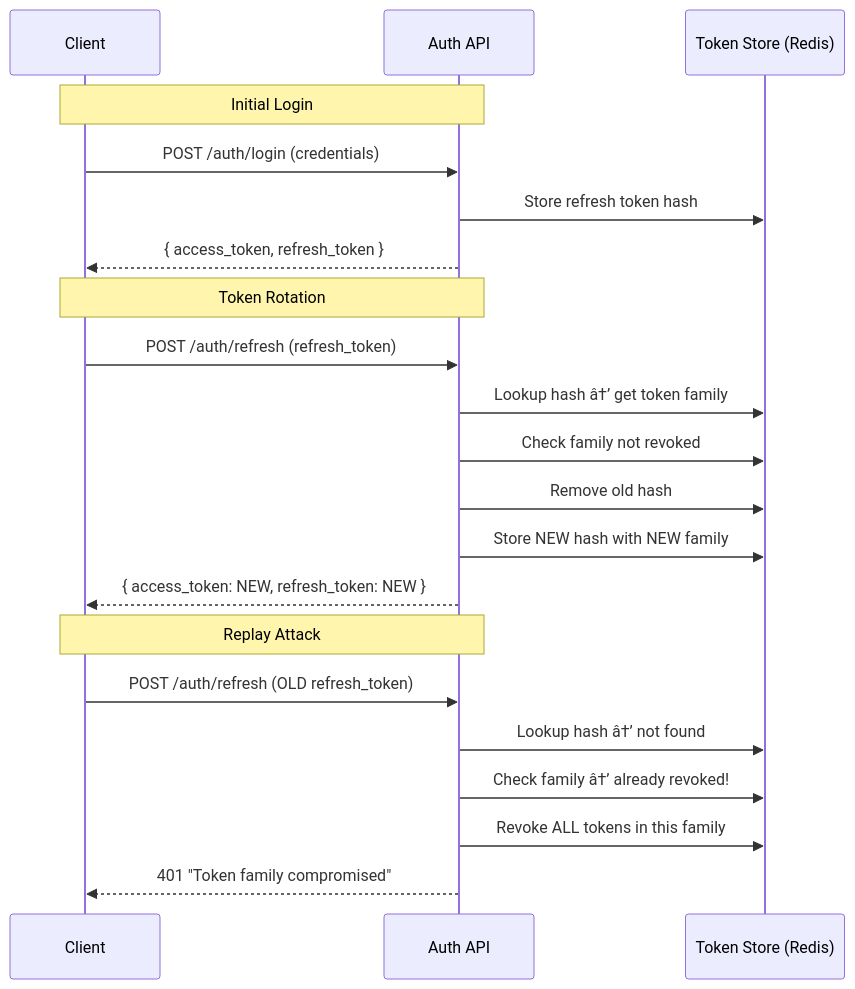
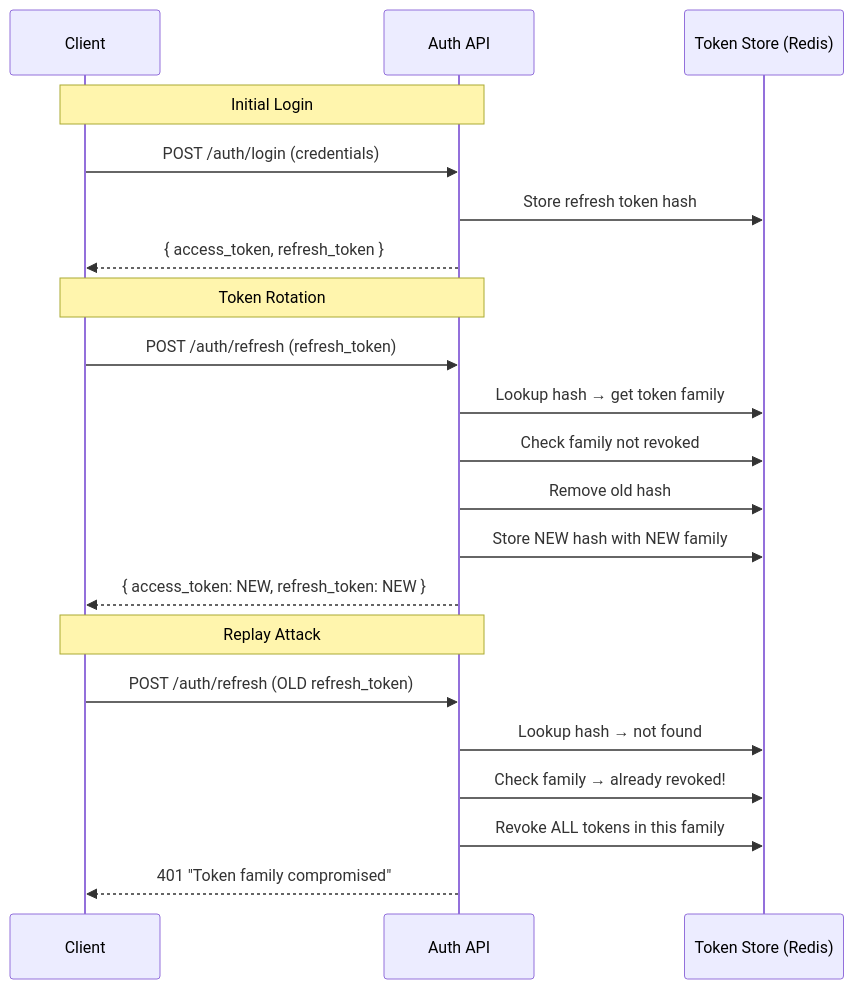
Before and after one commit to Raushan666java/ai-engineering-journey: the second of 3 diagrams in docs/courses/ai-agent-engineer/01-phase0-backend-hardening.md, drawn with Mermaid. The commit also changed other lines of this file and 965 other files, not shown here.

````diff
--- a/docs/courses/ai-agent-engineer/01-phase0-backend-hardening.md
+++ b/docs/courses/ai-agent-engineer/01-phase0-backend-hardening.md
@@ -894,26 +894,26 @@
 ```mermaid
 sequenceDiagram
     participant C as Client
     participant A as Auth API
     participant S as Token Store (Redis)
 
     Note over C,A: Initial Login
     C->>A: POST /auth/login (credentials)
     A->>S: Store refresh token hash
     A-->>C: { access_token, refresh_token }
 
     Note over C,A: Token Rotation
     C->>A: POST /auth/refresh (refresh_token)
-    A->>S: Lookup hash â†’ get token family
+    A->>S: Lookup hash → get token family
     A->>S: Check family not revoked
     A->>S: Remove old hash
     A->>S: Store NEW hash with NEW family
     A-->>C: { access_token: NEW, refresh_token: NEW }
 
     Note over C,A: Replay Attack
     C->>A: POST /auth/refresh (OLD refresh_token)
-    A->>S: Lookup hash â†’ not found
-    A->>S: Check family â†’ already revoked!
+    A->>S: Lookup hash → not found
+    A->>S: Check family → already revoked!
     A->>S: Revoke ALL tokens in this family
     A-->>C: 401 "Token family compromised"
 ```
````
